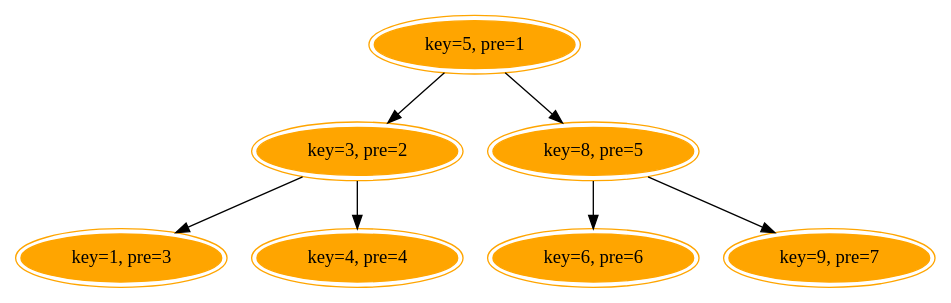
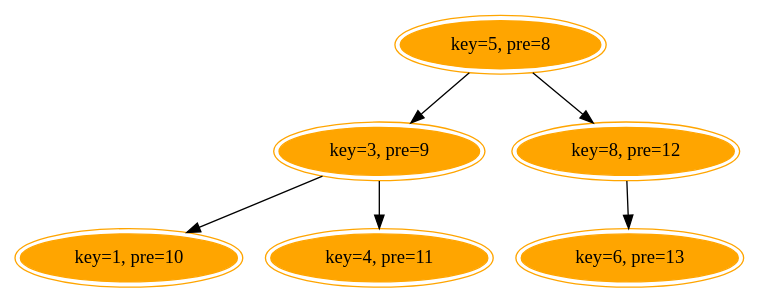
The diagram in labs/lab4-5/preorder.dot (myama048/CS14), drawn with Graphviz before and after one commit. The commit also changed 3 other files, not shown here.

```diff
--- a/labs/lab4-5/preorder.dot
+++ b/labs/lab4-5/preorder.dot
@@ -1,16 +1,14 @@
 digraph G{
-a [color = orange, peripheries = 2, style = filled, label="key=5, pre=1"];
-b [color = orange, peripheries = 2, style = filled, label="key=3, pre=2"];
-d [color = orange, peripheries = 2, style = filled, label="key=1, pre=3"];
-e [color = orange, peripheries = 2, style = filled, label="key=4, pre=4"];
-c [color = orange, peripheries = 2, style = filled, label="key=8, pre=5"];
-f [color = orange, peripheries = 2, style = filled, label="key=6, pre=6"];
-g [color = orange, peripheries = 2, style = filled, label="key=9, pre=7"];
+a [color = orange, peripheries = 2, style = filled, label="key=5, pre=8"];
+b [color = orange, peripheries = 2, style = filled, label="key=3, pre=9"];
+d [color = orange, peripheries = 2, style = filled, label="key=1, pre=10"];
+e [color = orange, peripheries = 2, style = filled, label="key=4, pre=11"];
+c [color = orange, peripheries = 2, style = filled, label="key=8, pre=12"];
+f [color = orange, peripheries = 2, style = filled, label="key=6, pre=13"];
 
 a -> b;
 a -> c;
 b -> d;
 b -> e;
 c -> f;
-c -> g;
 }
```
